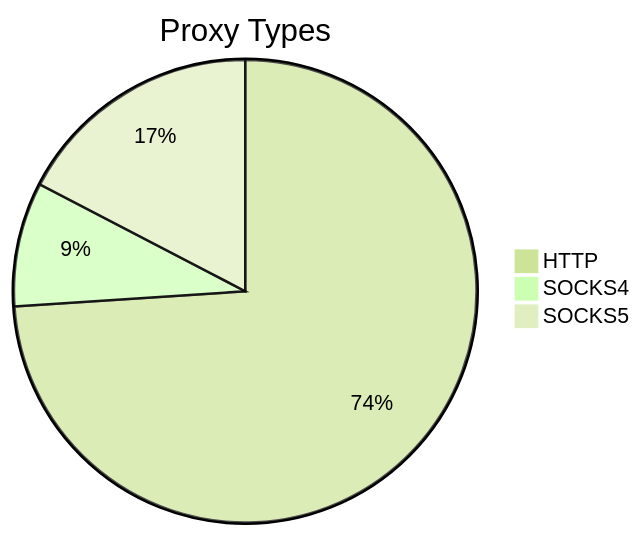
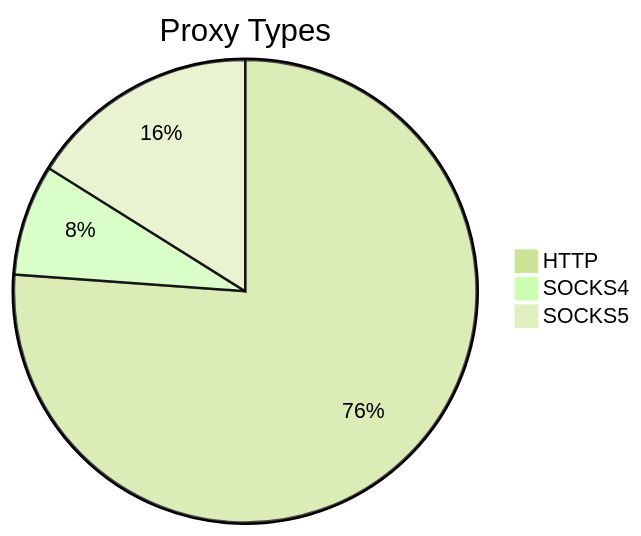
The first of 2 diagrams in README.md (stormsia/proxy-list), drawn with Mermaid (forest theme) before and after one commit. The commit also changed other lines of this file, not shown here.

````diff
--- a/README.md
+++ b/README.md
@@ -21,6 +21,6 @@
 ```mermaid
 pie title Proxy Types
-    "HTTP" : 247
-    "SOCKS4" : 29
-    "SOCKS5" : 58
+    "HTTP" : 265
+    "SOCKS4" : 27
+    "SOCKS5" : 56
 ```
````
